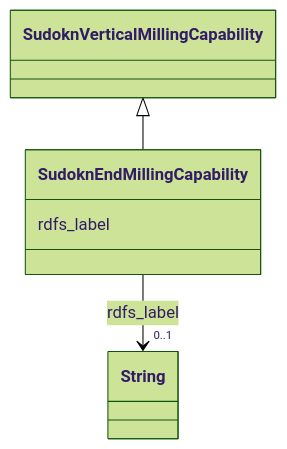
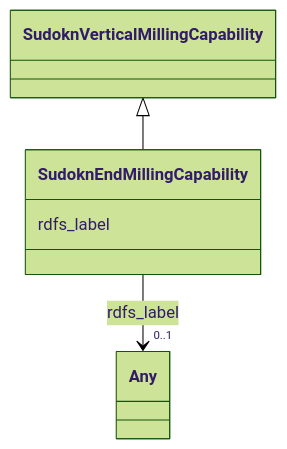
Before and after one commit to frink-okn/graph-descriptions: the diagram in sudokn-kg/classes/SudoknEndMillingCapability.md, drawn with Mermaid (forest theme). The commit also changed other lines of this file and 903 other files, not shown here.

````diff
--- a/sudokn-kg/classes/SudoknEndMillingCapability.md
+++ b/sudokn-kg/classes/SudoknEndMillingCapability.md
@@ -23,18 +16,18 @@
 ```mermaid
  classDiagram
     class SudoknEndMillingCapability
     click SudoknEndMillingCapability href "../SudoknEndMillingCapability"
       SudoknVerticalMillingCapability <|-- SudoknEndMillingCapability
         click SudoknVerticalMillingCapability href "../SudoknVerticalMillingCapability"
       
       SudoknEndMillingCapability : rdfs_label
         
           
     
     
-    SudoknEndMillingCapability --> "0..1" String : rdfs_label
-    click String href "../String"
+    SudoknEndMillingCapability --> "0..1" Any : rdfs_label
+    click Any href "../Any"
 
         
       
 ```
````
